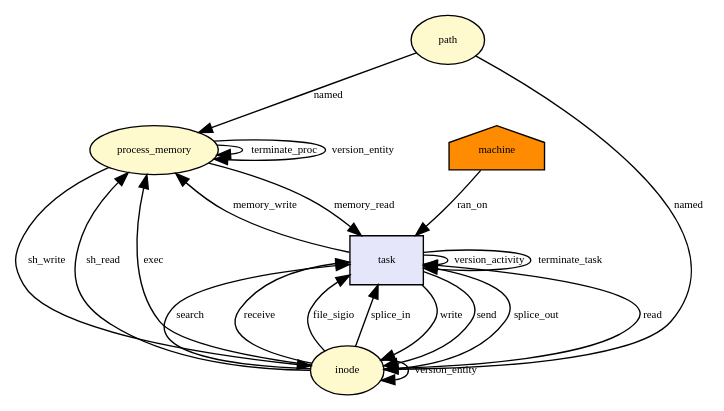
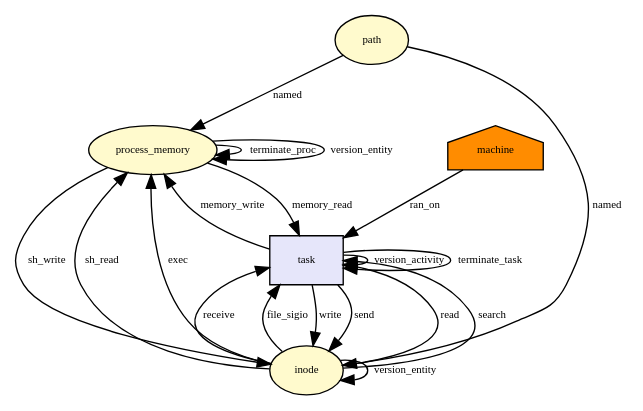
The diagram in docs/dot/__x64_sys_splice.dot (CamFlow/camflow-dev), drawn with Graphviz before and after one commit. The commit also changed 43 other files, not shown here.

```diff
--- a/docs/dot/__x64_sys_splice.dot
+++ b/docs/dot/__x64_sys_splice.dot
@@ -1,53 +1,49 @@
 digraph RGL__DirectedAdjacencyGraph {process_memory[fontsize = 8,label = process_memory,shape = ellipse, fillcolor="#fffacd", style = filled]
 
 process_memory -> process_memory[fontsize = 8,label = terminate_proc]
 
 path[fontsize = 8,label = path,shape = ellipse, fillcolor="#fffacd", style = filled]
 
 path -> process_memory[fontsize = 8,label = named]
 
 machine[fontsize = 8,label = machine,shape = house, fillcolor="#ff8c00", style = filled]
 
 task[fontsize = 8,label = task,shape = rectangle, fillcolor="#e6e6fa", style = filled]
 
 machine -> task[fontsize = 8,label = ran_on]
 
 inode[fontsize = 8,label = inode,shape = ellipse, fillcolor="#fffacd", style = filled]
 
 path -> inode[fontsize = 8,label = named]
 
 process_memory -> task[fontsize = 8,label = memory_read]
 
 task -> inode[fontsize = 8,label = write]
 
 task -> task[fontsize = 8,label = version_activity]
 
 inode -> inode[fontsize = 8,label = version_entity]
 
 inode -> process_memory[fontsize = 8,label = sh_read]
 
 process_memory -> process_memory[fontsize = 8,label = version_entity]
 
 inode -> task[fontsize = 8,label = read]
 
 task -> process_memory[fontsize = 8,label = memory_write]
 
 process_memory -> inode[fontsize = 8,label = sh_write]
 
 inode -> task[fontsize = 8,label = search]
 
 task -> inode[fontsize = 8,label = send]
 
 inode -> task[fontsize = 8,label = receive]
 
 inode -> process_memory[fontsize = 8,label = exec]
 
 inode -> task[fontsize = 8,label = file_sigio]
 
-inode -> task[fontsize = 8,label = splice_in]
-
-task -> inode[fontsize = 8,label = splice_out]
-
 task -> task[fontsize = 8,label = terminate_task]
 
 }
```
